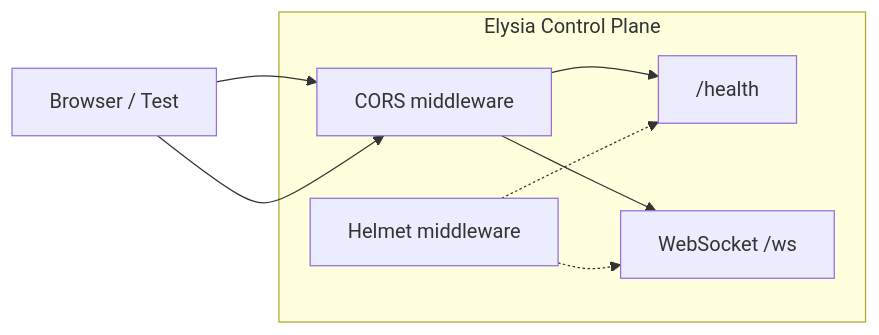
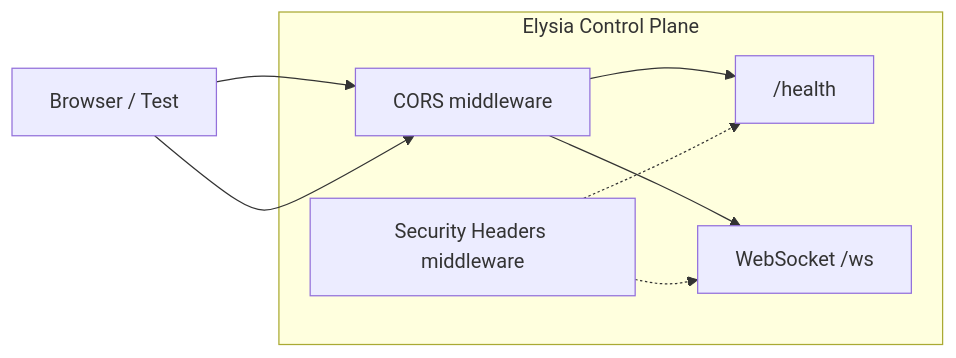
One commit to 1qh/claw changed the third of 4 diagrams in plan/01-foundation.md. Above: the diagram before and after it, drawn with Mermaid. The commit also changed other lines of this file and 7 other files, not shown here.

Commit message:
Fix 10 fresh review findings: ER diagram, denial-of-wallet dependency, Helmet, clarification routing, email encoding, billing scope

````diff
--- a/plan/01-foundation.md
+++ b/plan/01-foundation.md
@@ -177,14 +178,14 @@
 ```mermaid
 graph LR
     subgraph "Elysia Control Plane"
         HEALTH["/health"]
         WS["WebSocket /ws"]
         CORS["CORS middleware"]
-        HELMET["Helmet middleware"]
+        HELMET["Security Headers middleware"]
     end
 
     CLIENT["Browser / Test"] --> CORS --> HEALTH
     CLIENT --> CORS --> WS
     HELMET -.-> HEALTH
     HELMET -.-> WS
 ```
````
